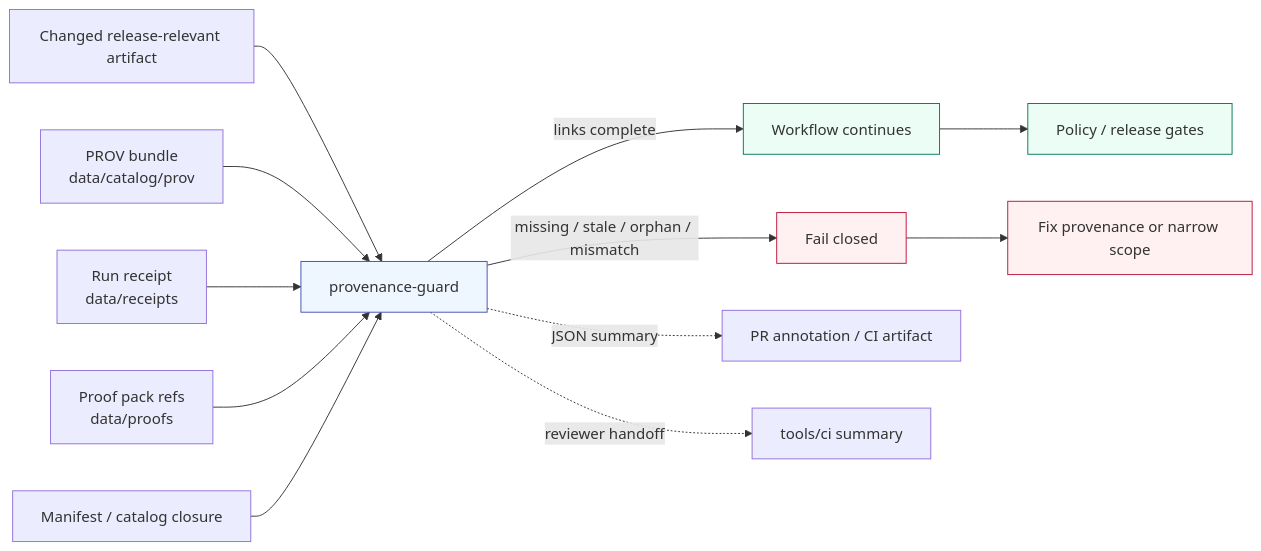
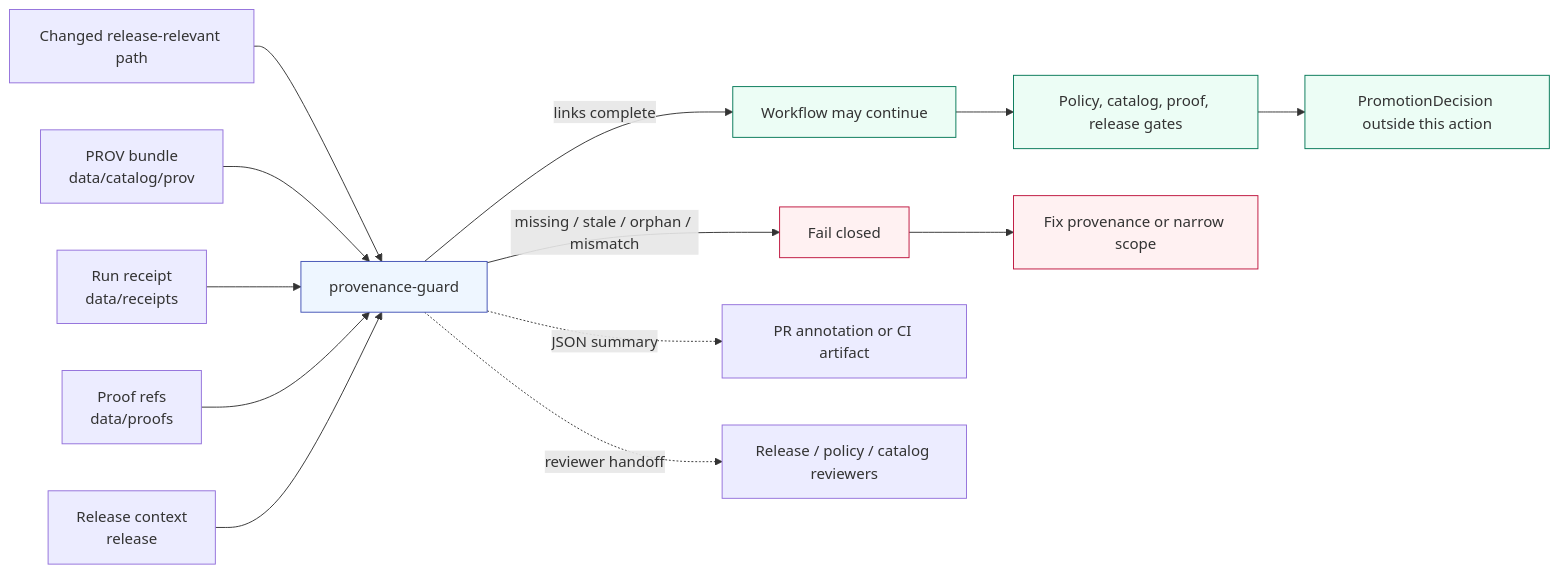
The diagram in .github/actions/provenance-guard/README.md (bartytime4life/Kansas-Frontier-Matrix), drawn with Mermaid before and after one commit. The commit also changed other lines of this file, not shown here.

````diff
--- a/.github/actions/provenance-guard/README.md
+++ b/.github/actions/provenance-guard/README.md
@@ -300,22 +385,25 @@
 ```mermaid
 flowchart LR
-  A[Changed release-relevant artifact] --> G[provenance-guard]
+  A[Changed release-relevant path] --> G[provenance-guard]
+
   B[PROV bundle<br/>data/catalog/prov] --> G
   C[Run receipt<br/>data/receipts] --> G
-  D[Proof pack refs<br/>data/proofs] --> G
-  E[Manifest / catalog closure] --> G
+  D[Proof refs<br/>data/proofs] --> G
+  E[Release context<br/>release] --> G
 
-  G -->|links complete| H[Workflow continues]
+  G -->|links complete| H[Workflow may continue]
   G -->|missing / stale / orphan / mismatch| I[Fail closed]
-  G -. JSON summary .-> J[PR annotation / CI artifact]
-  G -. reviewer handoff .-> K[tools/ci summary]
-  H --> L[Policy / release gates]
+  G -. JSON summary .-> J[PR annotation or CI artifact]
+  G -. reviewer handoff .-> K[Release / policy / catalog reviewers]
+
+  H --> L[Policy, catalog, proof, release gates]
   I --> M[Fix provenance or narrow scope]
+  L --> N[PromotionDecision outside this action]
 
   classDef guard fill:#eef6ff,stroke:#4051b5,stroke-width:1px;
   classDef fail fill:#fff1f2,stroke:#be123c,stroke-width:1px;
   classDef pass fill:#ecfdf5,stroke:#047857,stroke-width:1px;
   class G guard;
   class I,M fail;
-  class H,L pass;
+  class H,L,N pass;
 ```
````
